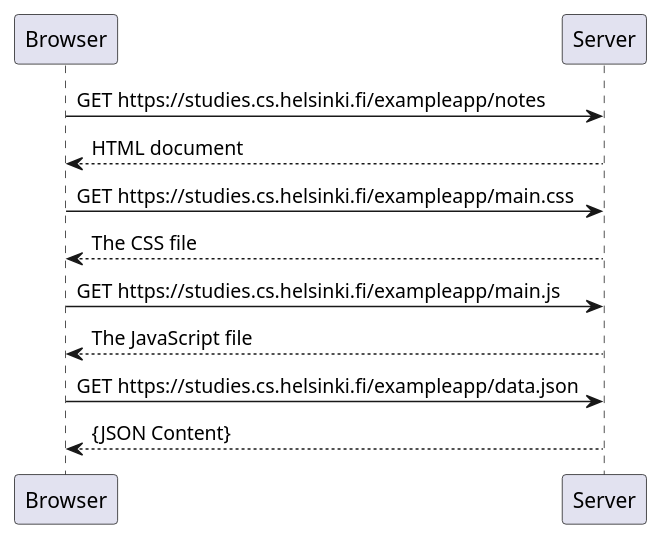
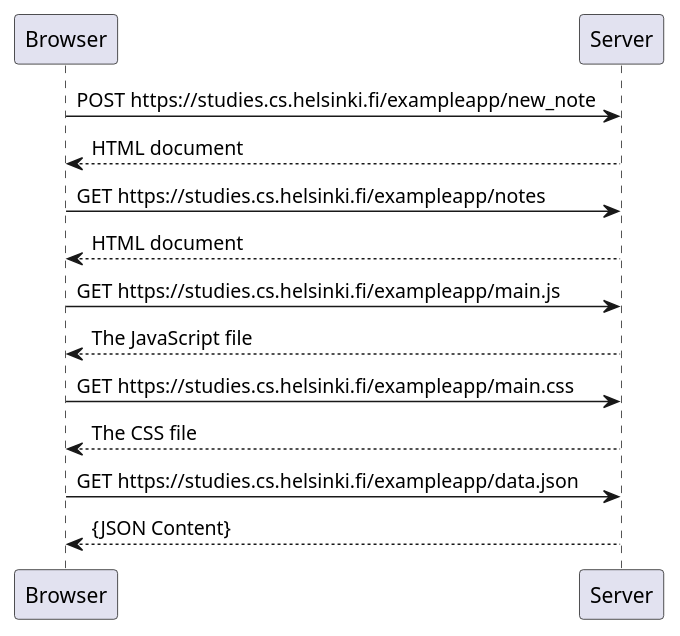
Before and after one commit to npoulter-git/part0: the diagram in NewNote.puml, drawn with PlantUML.

Commit message:
Creatign new diagram for server interaction

```diff
--- a/NewNote.puml
+++ b/NewNote.puml
@@ -1,11 +1,13 @@
 @startuml NewNote
+Browser -> Server : POST https://studies.cs.helsinki.fi/exampleapp/new_note
+Server --> Browser : HTML document
 Browser -> Server : GET https://studies.cs.helsinki.fi/exampleapp/notes
 Server --> Browser : HTML document
+Browser -> Server : GET https://studies.cs.helsinki.fi/exampleapp/main.js
+Server --> Browser : The JavaScript file
 Browser -> Server : GET https://studies.cs.helsinki.fi/exampleapp/main.css
 Server --> Browser : The CSS file
-Browser -> Server : GET https://studies.cs.helsinki.fi/exampleapp/main.js
-Server --> Browser : The JavaScript file
 Browser -> Server : GET https://studies.cs.helsinki.fi/exampleapp/data.json
 Server --> Browser : {JSON Content}
 
 @enduml
```
